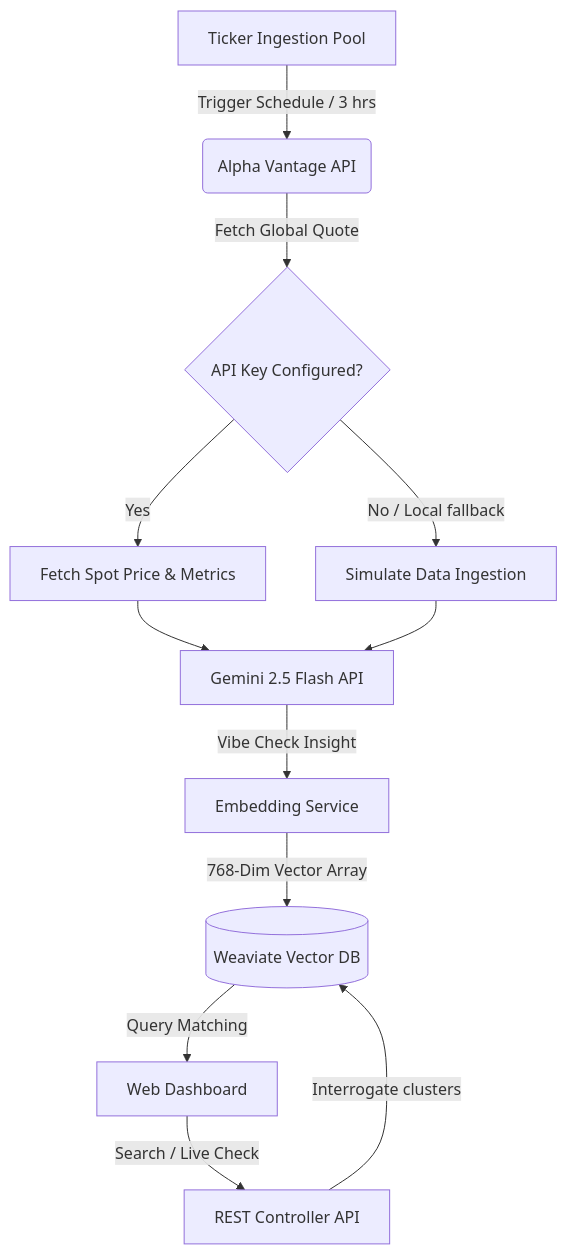
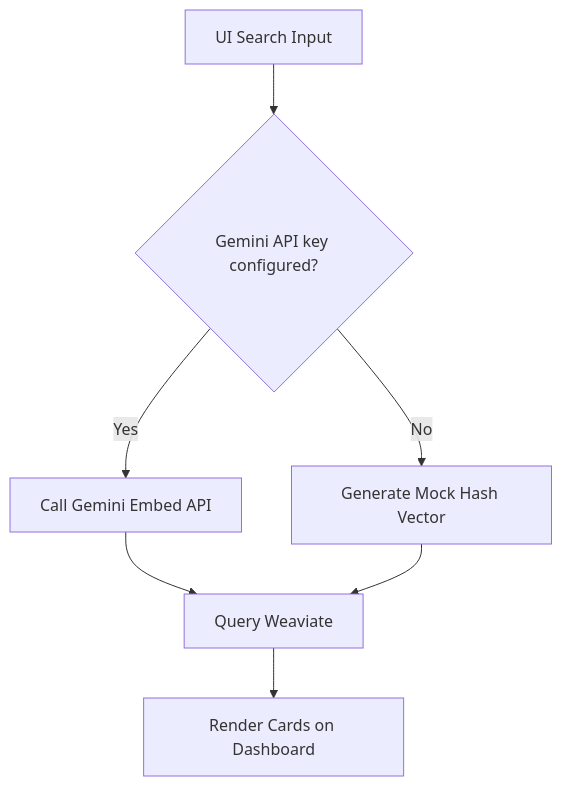
Before and after one commit to AndDevil/CogniFlow: the diagram in README.md, drawn with Mermaid. The commit also changed other lines of this file and 2 other files, not shown here.

````diff
--- a/README.md
+++ b/README.md
@@ -11,14 +20,9 @@
 ```mermaid
 graph TD
-    A[Ticker Ingestion Pool] -->|Trigger Schedule / 3 hrs| B(Alpha Vantage API)
-    B -->|Fetch Global Quote| C{API Key Configured?}
-    C -->|Yes| D[Fetch Spot Price & Metrics]
-    C -->|No / Local fallback| E[Simulate Data Ingestion]
-    D --> F[Gemini 2.5 Flash API]
-    E --> F
-    F -->|Vibe Check Insight| G[Embedding Service]
-    G -->|768-Dim Vector Array| H[(Weaviate Vector DB)]
-    H -->|Query Matching| I[Web Dashboard]
-    I -->|Search / Live Check| J[REST Controller API]
-    J -->|Interrogate clusters| H
+    A[UI Search Input] --> B{Gemini API key configured?}
+    B -->|Yes| C[Call Gemini Embed API]
+    B -->|No| D[Generate Mock Hash Vector]
+    C --> E[Query Weaviate]
+    D --> E
+    E --> F[Render Cards on Dashboard]
 ```
````
